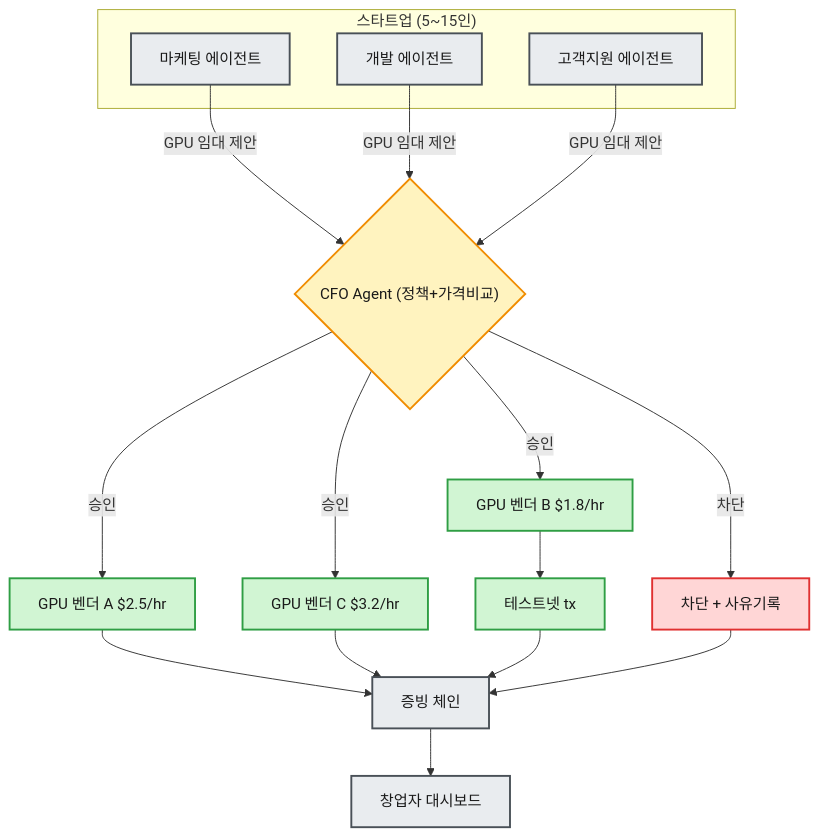
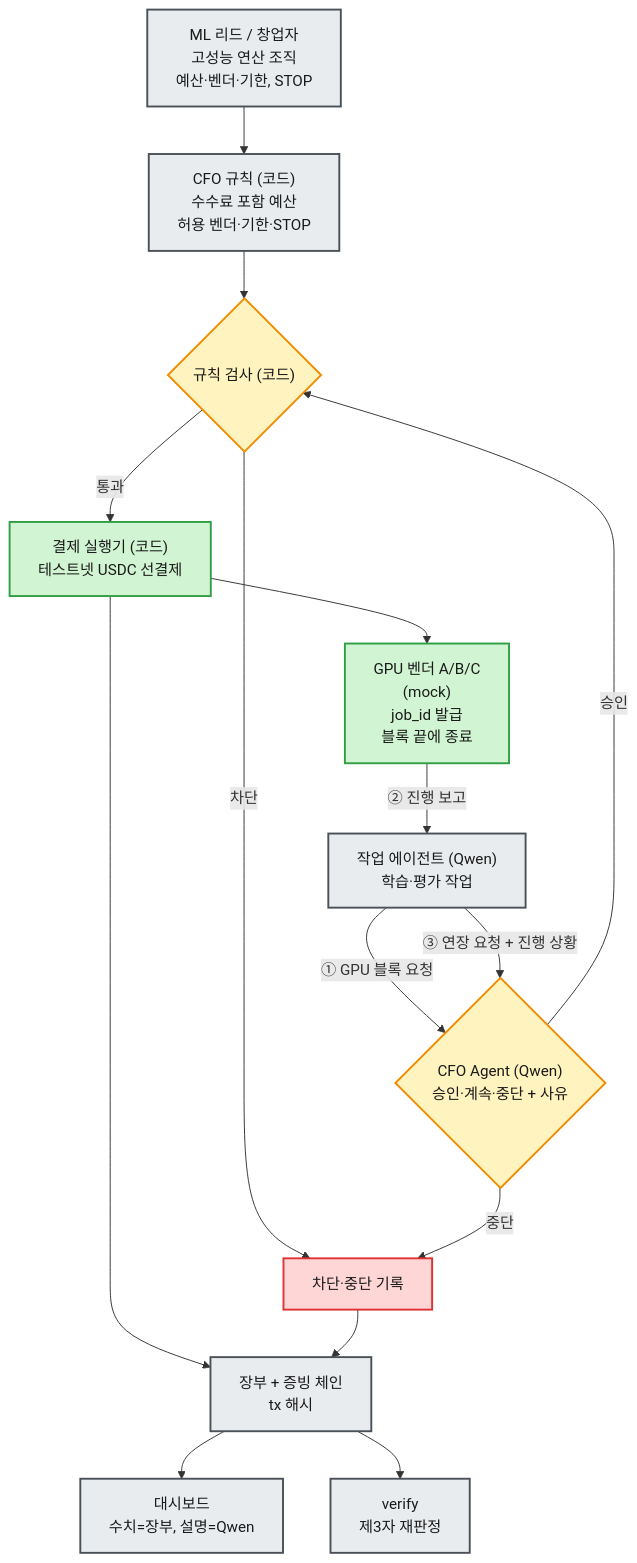
The diagram in diagrams/gpu-marketplace-cfo-agent.mmd (Rehgud/GWDC2026), drawn with Mermaid before and after one commit. The commit also changed 4 other files, not shown here.

First line of the commit message:
Update GPU marketplace design: block-based CFO loop, persona, vendor payment

```diff
--- a/diagrams/gpu-marketplace-cfo-agent.mmd
+++ b/diagrams/gpu-marketplace-cfo-agent.mmd
@@ -1,33 +1,26 @@
 graph TD
-    subgraph SG["스타트업 (5~15인)"]
-        A1["마케팅 에이전트"]
-        A2["개발 에이전트"]
-        A3["고객지원 에이전트"]
-    end
-
-    A1 -->|"GPU 임대 제안"| B{"CFO Agent (정책+가격비교)"}
-    A2 -->|"GPU 임대 제안"| B
-    A3 -->|"GPU 임대 제안"| B
-
-    B -->|"승인"| C1["GPU 벤더 A $2.5/hr"]
-    B -->|"승인"| C2["GPU 벤더 B $1.8/hr"]
-    B -->|"승인"| C3["GPU 벤더 C $3.2/hr"]
-    B -->|"차단"| D["차단 + 사유기록"]
-
-    C1 --> F["증빙 체인"]
-    C2 --> E["테스트넷 tx"]
-    C3 --> F
-    E --> F
-    D --> F
-
-    F --> G["창업자 대시보드"]
+    U["ML 리드 / 창업자<br/>고성능 연산 조직<br/>예산·벤더·기한, STOP"]
+    W["작업 에이전트 (Qwen)<br/>학습·평가 작업"]
+    U --> P["CFO 규칙 (코드)<br/>수수료 포함 예산<br/>허용 벤더·기한·STOP"]
+    W -->|"① GPU 블록 요청"| C{"CFO Agent (Qwen)<br/>승인·계속·중단 + 사유"}
+    C -->|"승인"| G{"규칙 검사 (코드)"}
+    P --> G
+    G -->|"통과"| X["결제 실행기 (코드)<br/>테스트넷 USDC 선결제"]
+    G -->|"차단"| R["차단·중단 기록"]
+    C -->|"중단"| R
+    X --> V["GPU 벤더 A/B/C<br/>(mock)<br/>job_id 발급<br/>블록 끝에 종료"]
+    V -->|"② 진행 보고"| W
+    W -->|"③ 연장 요청 + 진행 상황"| C
+    X --> L["장부 + 증빙 체인<br/>tx 해시"]
+    R --> L
+    L --> D["대시보드<br/>수치=장부, 설명=Qwen"]
+    L --> VF["verify<br/>제3자 재판정"]
 
     classDef approved fill:#d1f5d3,stroke:#2f9e44,stroke-width:2px,color:#1a1a1a;
     classDef blocked fill:#ffd6d6,stroke:#e03131,stroke-width:2px,color:#1a1a1a;
     classDef neutral fill:#e9ecef,stroke:#495057,stroke-width:2px,color:#1a1a1a;
     classDef decision fill:#fff3bf,stroke:#f08c00,stroke-width:2px,color:#1a1a1a;
-
-    class C1,C2,C3,E approved;
-    class D blocked;
-    class A1,A2,A3,F,G neutral;
-    class B decision;
+    class X,V approved;
+    class R blocked;
+    class U,W,P,L,D,VF neutral;
+    class C,G decision;
```
